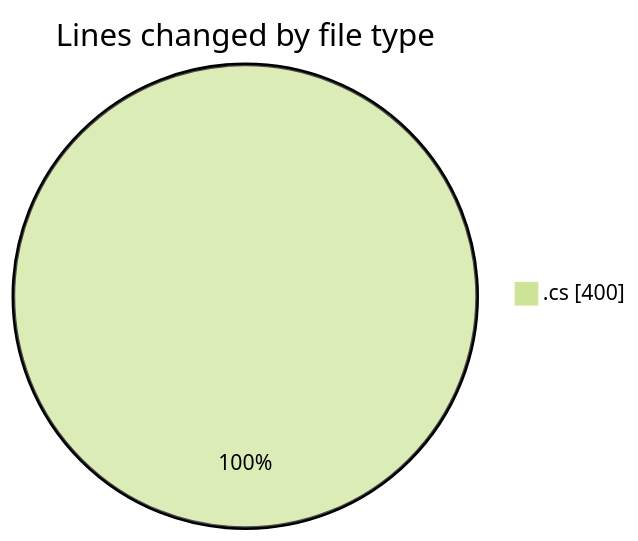
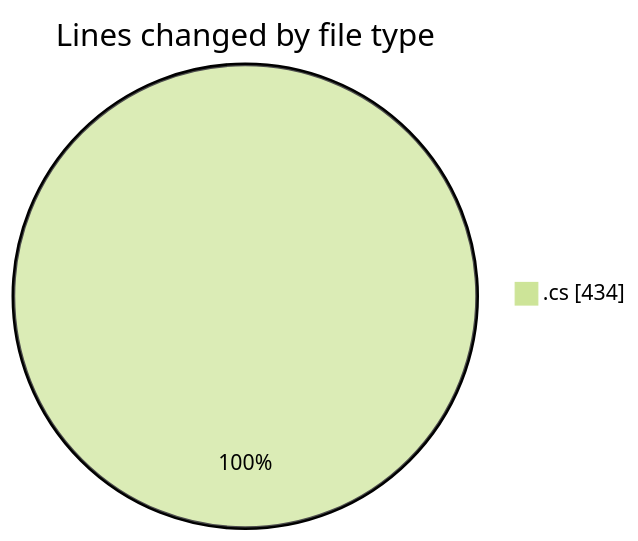
The first of 2 diagrams in 2025-04-01/back-end/README.md (Netris89/code-tracking), drawn with Mermaid (forest theme) before and after one commit. The commit also changed other lines of this file and 1 other file, not shown here.

````diff
--- a/2025-04-01/back-end/README.md
+++ b/2025-04-01/back-end/README.md
@@ -22,5 +22,5 @@
 ```mermaid
 pie showData
 title Lines changed by file type
-".cs" : 400
+".cs" : 434
 ```
````
